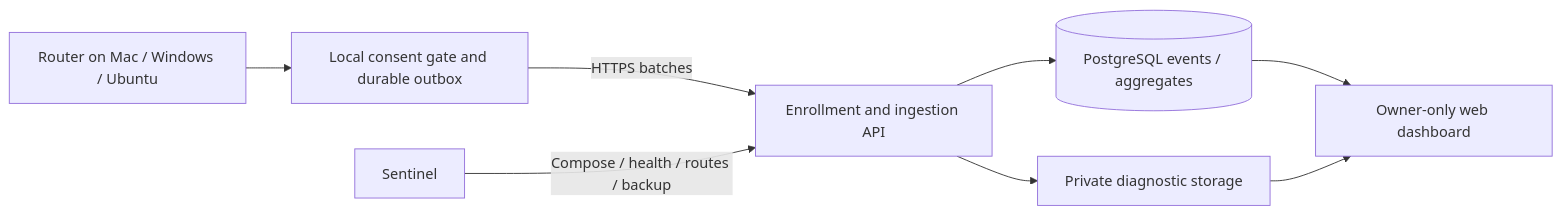
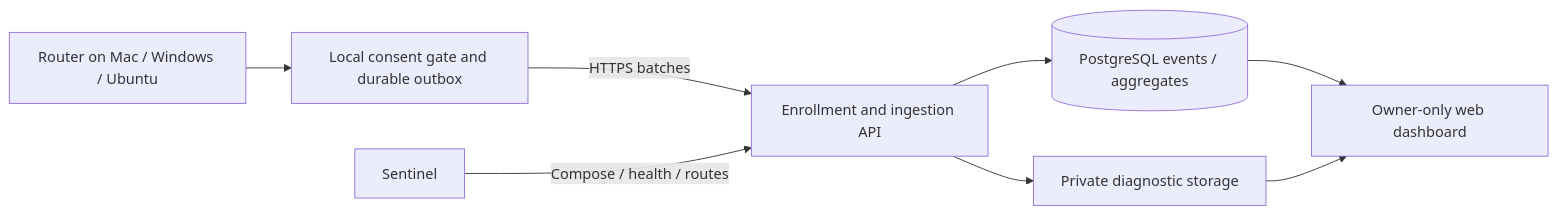
The diagram in docs/CENTRAL-TELEMETRY.md (Bogdan-Andrei-Faur/codex-model-router), drawn with Mermaid before and after one commit. The commit also changed other lines of this file and 7 other files, not shown here.

````diff
--- a/docs/CENTRAL-TELEMETRY.md
+++ b/docs/CENTRAL-TELEMETRY.md
@@ -68,10 +73,10 @@
 ```mermaid
 flowchart LR
   A[Router on Mac / Windows / Ubuntu] --> B[Local consent gate and durable outbox]
   B -->|HTTPS batches| C[Enrollment and ingestion API]
   C --> D[(PostgreSQL events / aggregates)]
   C --> E[Private diagnostic storage]
   D --> F[Owner-only web dashboard]
   E --> F
-  S[Sentinel] -->|Compose / health / routes / backup| C
+  S[Sentinel] -->|Compose / health / routes| C
 ```
````
